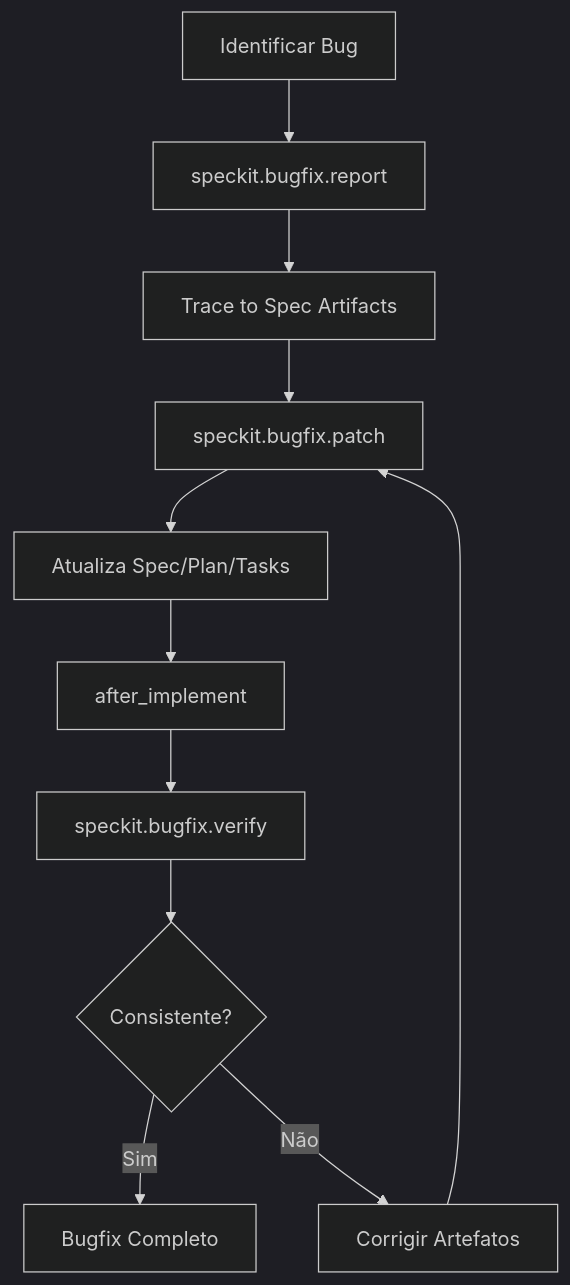
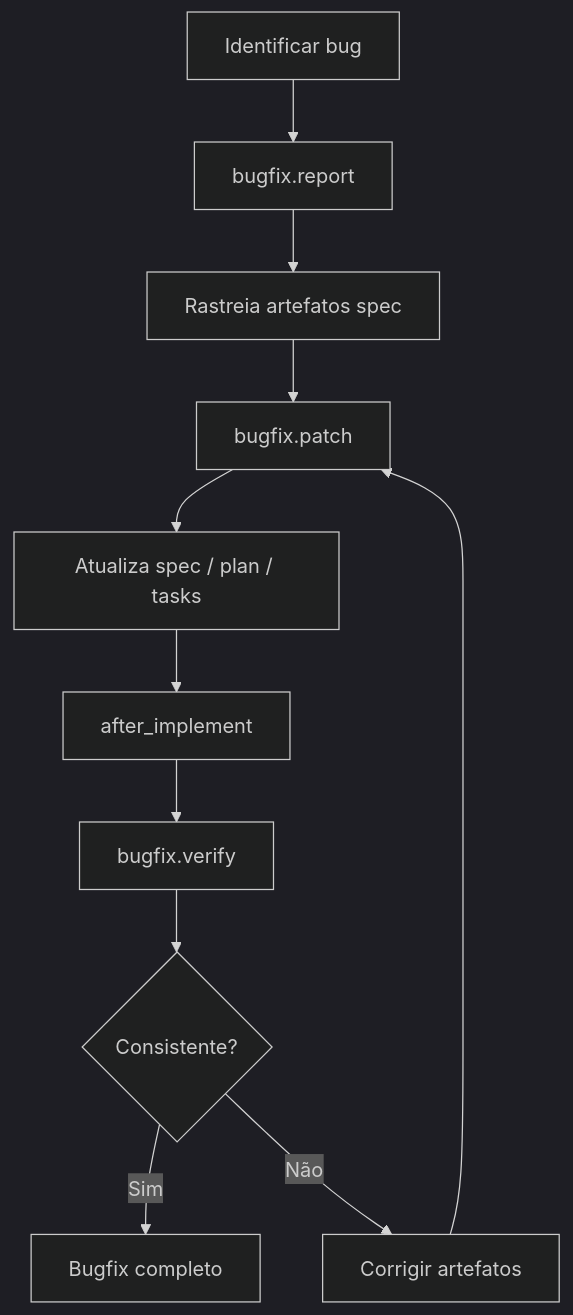
Before and after one commit to wagner-sousa/spec-kit-docker: the eighth of 9 diagrams in README.md, drawn with Mermaid (dark theme). The commit also changed other lines of this file, not shown here.

````diff
--- a/README.md
+++ b/README.md
@@ -223,13 +189,13 @@
 ```mermaid
 graph TD
-    A[Identificar Bug] --> B[speckit.bugfix.report]
-    B --> C[Trace to Spec Artifacts]
-    C --> D[speckit.bugfix.patch]
-    D --> E[Atualiza Spec/Plan/Tasks]
+    A[Identificar bug] --> B[bugfix.report]
+    B --> C[Rastreia artefatos spec]
+    C --> D[bugfix.patch]
+    D --> E[Atualiza spec / plan / tasks]
     E --> F[after_implement]
-    F --> G[speckit.bugfix.verify]
+    F --> G[bugfix.verify]
     G --> H{Consistente?}
-    H -->|Sim| I[Bugfix Completo]
-    H -->|Não| J[Corrigir Artefatos]
+    H -->|Sim| I[Bugfix completo]
+    H -->|Não| J[Corrigir artefatos]
     J --> D
 ```
````
